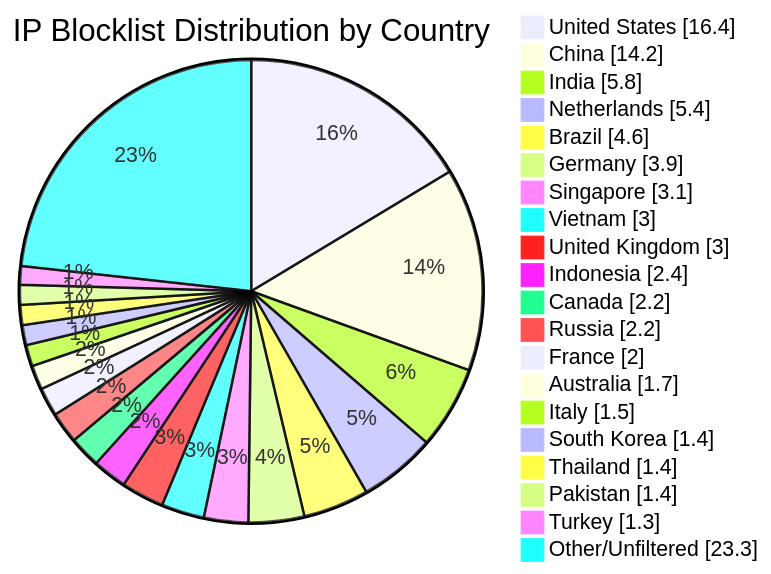
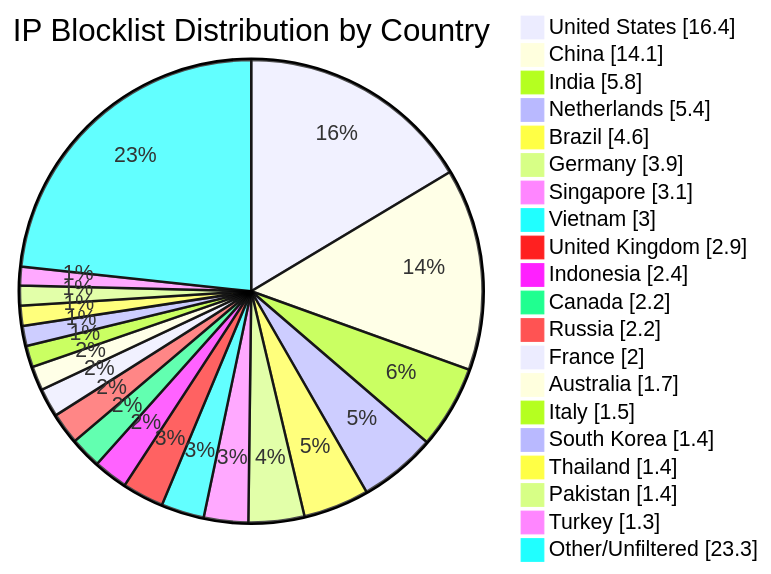
Before and after one commit to dewdmadbro/ip-blocklist-dewd: the diagram in README.md, drawn with Mermaid. The commit also changed other lines of this file and 52 other files, not shown here.

````diff
--- a/README.md
+++ b/README.md
@@ -34,23 +34,23 @@
 ```mermaid
 pie showData title IP Blocklist Distribution by Country
 "United States" : 16.4
-"China" : 14.2
+"China" : 14.1
 "India" : 5.8
 "Netherlands" : 5.4
 "Brazil" : 4.6
 "Germany" : 3.9
 "Singapore" : 3.1
 "Vietnam" : 3.0
-"United Kingdom" : 3.0
+"United Kingdom" : 2.9
 "Indonesia" : 2.4
 "Canada" : 2.2
 "Russia" : 2.2
 "France" : 2.0
 "Australia" : 1.7
 "Italy" : 1.5
 "South Korea" : 1.4
 "Thailand" : 1.4
 "Pakistan" : 1.4
 "Turkey" : 1.3
 "Other/Unfiltered" : 23.3
 ```
````
